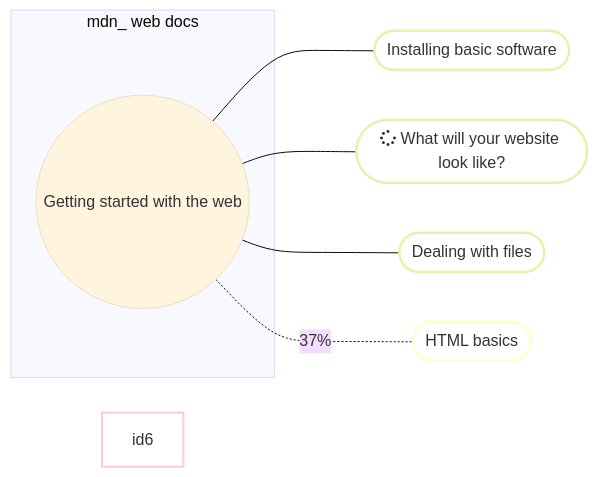
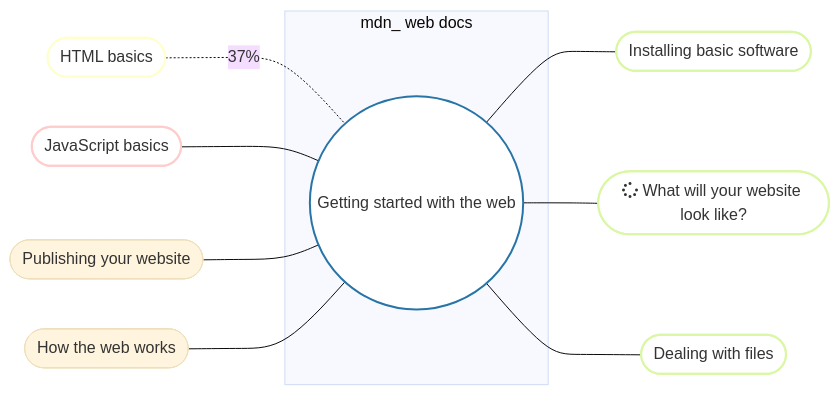
One commit to alexander-arkhipov/alexander-arkhipov changed the diagram in README.md. Above: the diagram before and after it, drawn with Mermaid (base theme).

````diff
--- a/README.md
+++ b/README.md
@@ -1,19 +1,23 @@
 ```mermaid
 
     flowchart LR;
     
     subgraph mdn_ web docs
         id1((Getting started with the web))
         end
         id1 --- id2([ Installing basic software])
         id1 --- id3([fa:fa-spinner What will your website look like?])
         id1 --- id4([Dealing with files])
-        id1 -. 37% .- id5([HTML basics])
+        id5([HTML basics]) -. 37% .- id1
+        id6([JavaScript basics]) --- id1
+        id7([Publishing your website]) --- id1
+        id8([How the web works]) --- id1
         
+        style id1 fill:#FFFFFF, stroke:#2874A6,stroke-width:2px
         style id2 fill:#FFFFFF, stroke:#DAF7A6,stroke-width:2px
         style id3 fill:#FFFFFF, stroke:#DAF7A6,stroke-width:2px
         style id4 fill:#FFFFFF, stroke:#DAF7A6,stroke-width:2px
         style id5 fill:#FFFFFF, stroke:#FFFFCC,stroke-width:2px
         style id6 fill:#FFFFFF, stroke:#FFCCCC,stroke-width:2px
         
 ```
````
